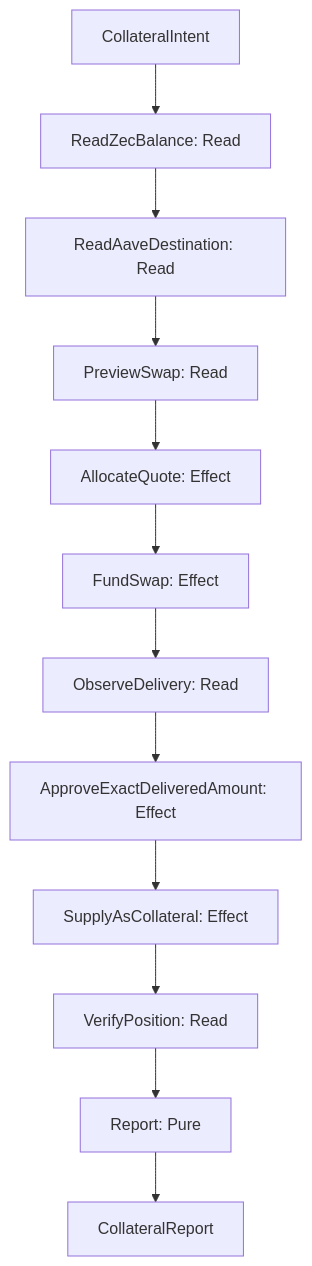
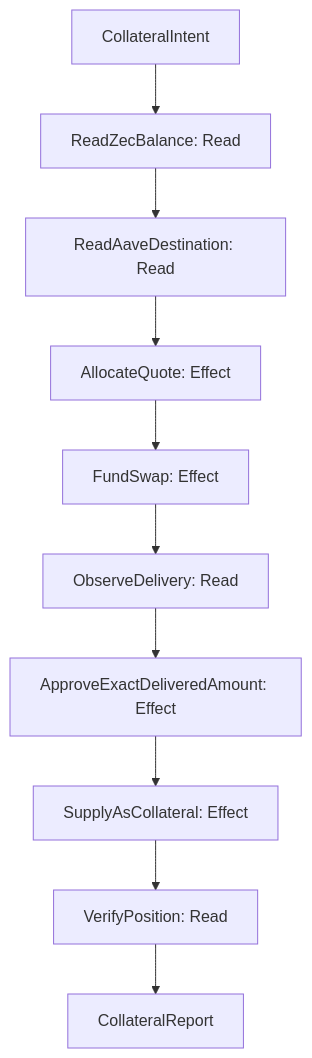
Before and after one commit to willyrgf/mfm: the second of 2 diagrams in RFC_REFACTOR_SIMPLIFICATION.md, drawn with Mermaid. The commit also changed other lines of this file, not shown here.

````diff
--- a/RFC_REFACTOR_SIMPLIFICATION.md
+++ b/RFC_REFACTOR_SIMPLIFICATION.md
@@ -799,14 +881,12 @@
 ```mermaid
 flowchart TD
     I[CollateralIntent] --> S[ReadZecBalance: Read]
     S --> D[ReadAaveDestination: Read]
-    D --> P[PreviewSwap: Read]
-    P --> Q[AllocateQuote: Effect]
+    D --> Q[AllocateQuote: Effect]
     Q --> F[FundSwap: Effect]
     F --> O[ObserveDelivery: Read]
     O --> A[ApproveExactDeliveredAmount: Effect]
     A --> C[SupplyAsCollateral: Effect]
     C --> V[VerifyPosition: Read]
-    V --> R[Report: Pure]
-    R --> X[CollateralReport]
+    V --> X[CollateralReport]
 ```
````
